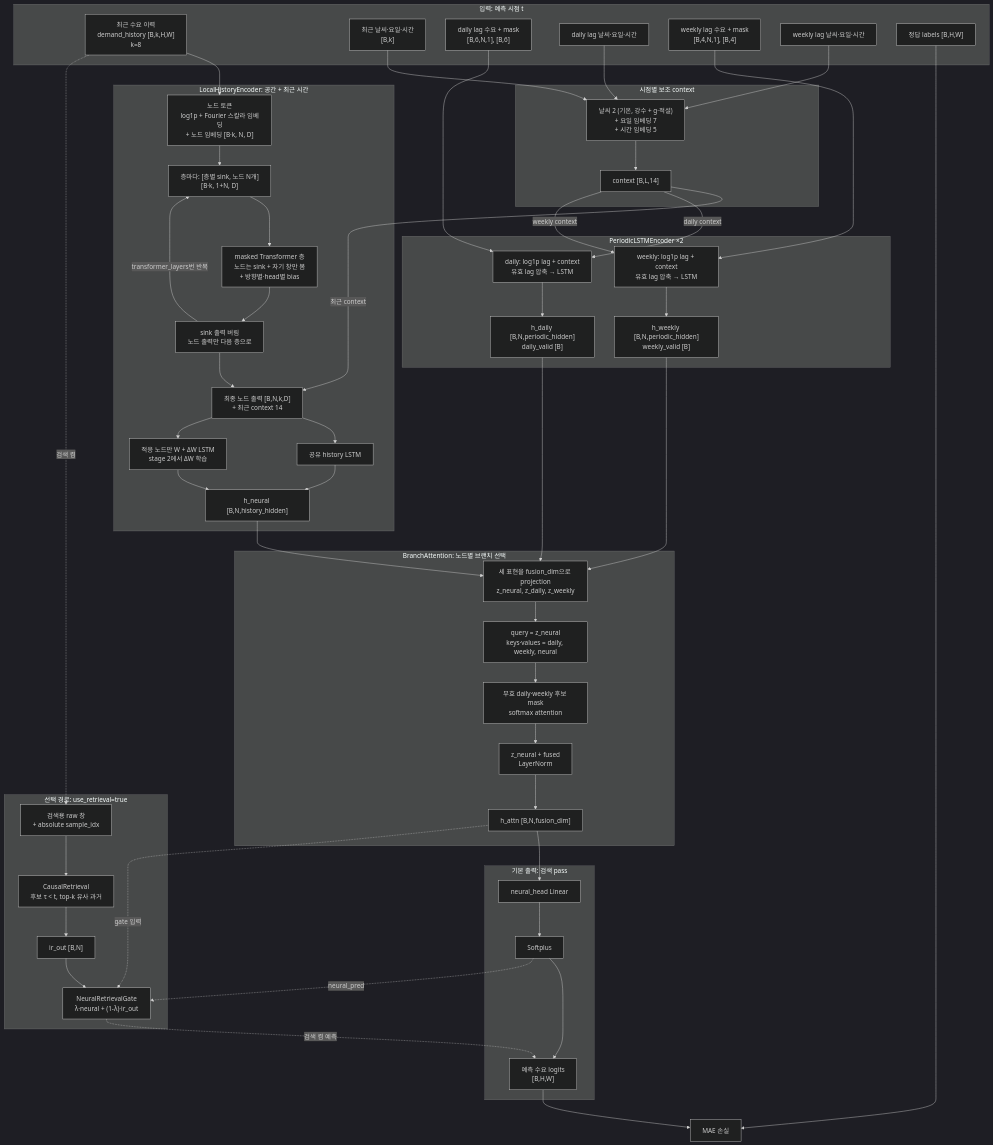
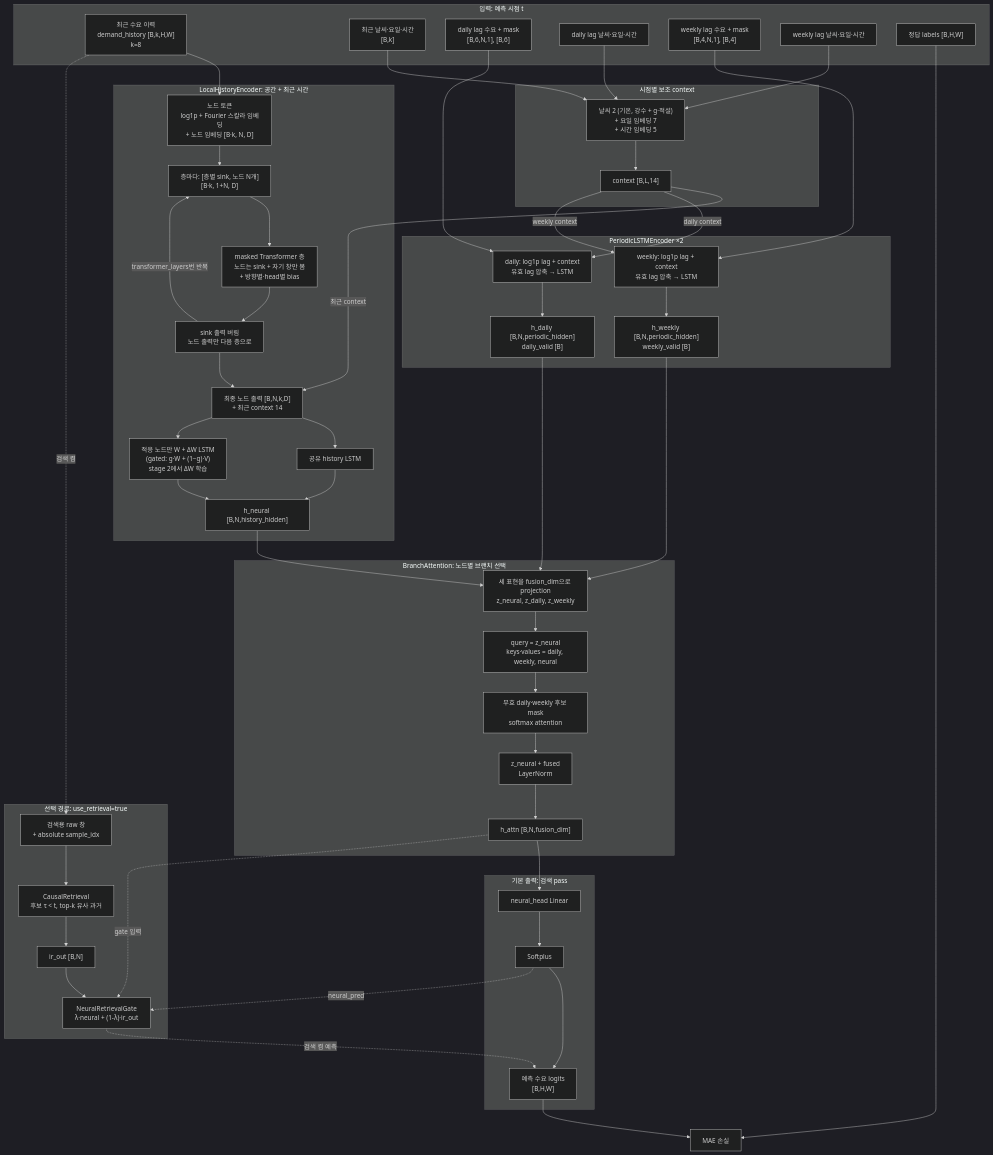
One commit to dev-jake-kim/demandprediction changed the diagram in docs/SPEC.md. Above: the diagram before and after it, drawn with Mermaid (dark theme). The commit also changed other lines of this file and 7 other files, not shown here.

Commit message:
node_adaptive_mode=gated: per-node g·W + (1−g)·V LSTM weights, V copied from W at stage-2 start

```diff
--- a/docs/SPEC.md
+++ b/docs/SPEC.md
@@ -56,7 +56,7 @@
         L4["sink 출력 버림<br/>노드 출력만 다음 층으로"]
         L5["최종 노드 출력 [B,N,k,D]<br/>+ 최근 context 14"]
         L6["공유 history LSTM"]
-        L7["적응 노드만 W + ΔW LSTM<br/>stage 2에서 ΔW 학습"]
+        L7["적응 노드만 W + ΔW LSTM<br/>(gated: g·W + (1−g)·V)<br/>stage 2에서 ΔW 학습"]
         HN["h_neural [B,N,history_hidden]"]
         L1 --> L2 --> L3 --> L4
         L4 -->|"transformer_layers번 반복"| L2
```
